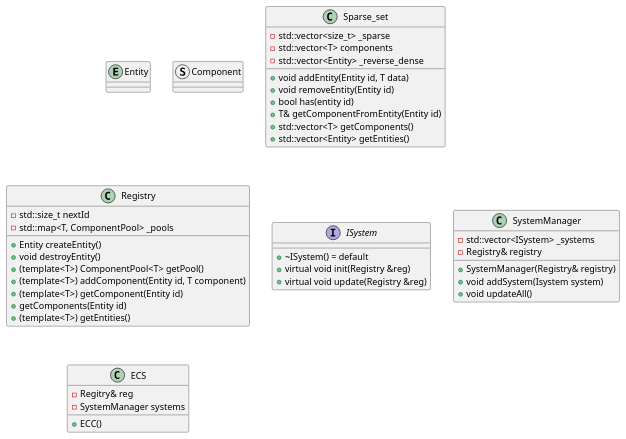
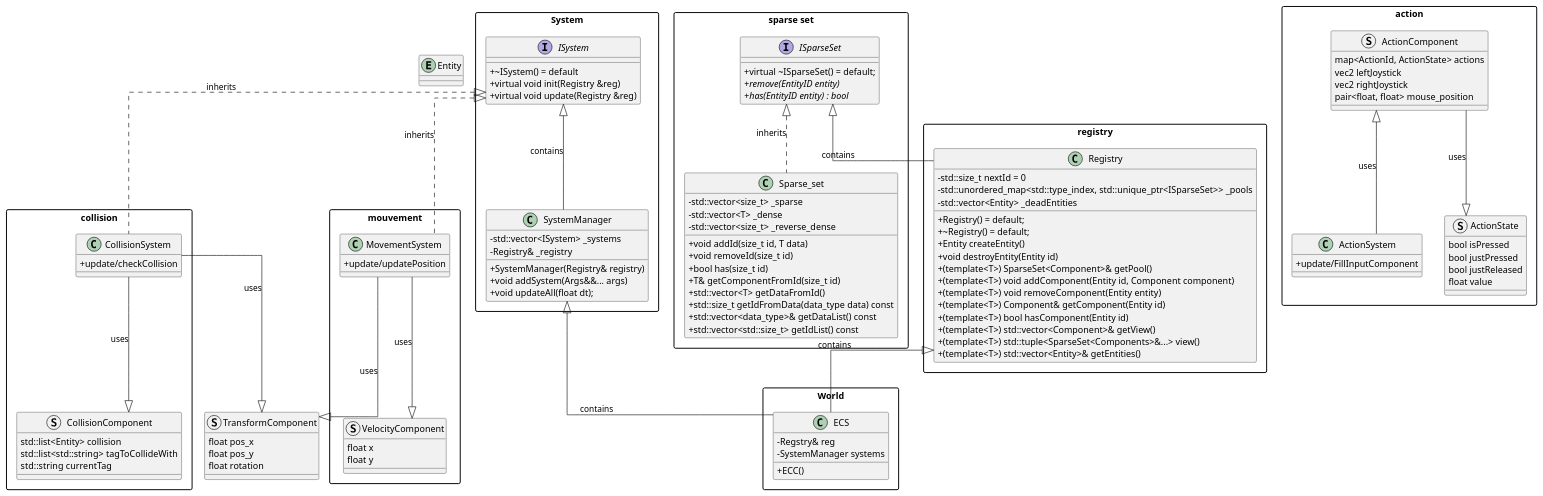
One commit to R-Type-ou-rien/R-Type changed the diagram in src/ecs/diagram.plantuml. Above: the diagram before and after it, drawn with PlantUML. The commit also changed 6 other files, not shown here.

Commit message:
feat(sparse set): view function

```diff
--- a/src/ecs/diagram.plantuml
+++ b/src/ecs/diagram.plantuml
@@ -1,50 +1,140 @@
-@startuml ECS
+@startuml Server ECS Architecture
+
+skinparam classAttributeIconSize 0
+skinparam linetype ortho
+skinparam packageStyle rectangle
 
 entity Entity
 
-struct Component
+package "sparse set" {
 
-class Sparse_set {
-    - std::vector<size_t> _sparse
-    - std::vector<T> components
-    - std::vector<Entity> _reverse_dense
-    + void addEntity(Entity id, T data)
-    + void removeEntity(Entity id)
-    + bool has(entity id)
-    + T& getComponentFromEntity(Entity id)
-    + std::vector<T> getComponents()
-    + std::vector<Entity> getEntities()
+    interface ISparseSet {
+        + virtual ~ISparseSet() = default;
+        + {abstract} remove(EntityID entity)
+        + {abstract} has(EntityID entity) : bool
+    }
+
+    class Sparse_set {
+        - std::vector<size_t> _sparse
+        - std::vector<T> _dense
+        - std::vector<size_t> _reverse_dense
+        + void addId(size_t id, T data)
+        + void removeId(size_t id)
+        + bool has(size_t id)
+        + T& getComponentFromId(size_t id)
+        + std::vector<T> getDataFromId()
+        + std::size_t getIdFromData(data_type data) const
+        + std::vector<data_type>& getDataList() const
+        + std::vector<std::size_t> getIdList() const
+    }
+
+    Sparse_set .up.|> ISparseSet : inherits
 }
 
-class Registry {
-    - std::size_t nextId
-    - std::map<T, ComponentPool> _pools
-    + Entity createEntity()
-    + void destroyEntity()
-    + (template<T>) ComponentPool<T> getPool()
-    + (template<T>) addComponent(Entity id, T component)
-    + (template<T>) getComponent(Entity id)
-    +  getComponents(Entity id)
-    + (template<T>) getEntities()
+package "registry" {
+    class Registry {
+        - std::size_t nextId = 0
+        - std::unordered_map<std::type_index, std::unique_ptr<ISparseSet>> _pools
+        - std::vector<Entity> _deadEntities
+        + Registry() = default;
+        + ~Registry() = default;
+        + Entity createEntity()
+        + void destroyEntity(Entity id)
+        + (template<T>) SparseSet<Component>& getPool()
+        + (template<T>) void addComponent(Entity id, Component component)
+        + (template<T>) void removeComponent(Entity entity)
+        + (template<T>) Component& getComponent(Entity id)
+        + (template<T>) bool hasComponent(Entity id)
+        + (template<T>) std::vector<Component>& getView()
+        + (template<T>) std::tuple<SparseSet<Components>&...> view()
+        + (template<T>) std::vector<Entity>& getEntities()
+    }
+    Registry -up-|> ISparseSet : contains
 }
 
-interface ISystem {
-    + ~ISystem() = default
-    + virtual void init(Registry &reg)
-    + virtual void update(Registry &reg)
+package "System" {
+    interface ISystem {
+        + ~ISystem() = default
+        + virtual void init(Registry &reg)
+        + virtual void update(Registry &reg)
+    }
+
+    class SystemManager {
+        - std::vector<ISystem> _systems
+        - Registry& _registry
+        + SystemManager(Registry& registry)
+        + void addSystem(Args&&... args)
+        + void updateAll(float dt);
+    }
+    SystemManager -up-|> ISystem : contains
 }
 
-class SystemManager {
-    - std::vector<ISystem> _systems
-    - Registry& registry
-    + SystemManager(Registry& registry)
-    + void addSystem(Isystem system)
-    + void updateAll()
+package "World" {
+    class ECS {
+        - Regstry& reg
+        - SystemManager systems
+        + ECC()
+    }
+    ECS -up-|> SystemManager : contains
+    ECS -up-|> Registry : contains
 }
 
-class ECS {
-    - Regitry& reg
-    - SystemManager systems
-    + ECC()
+struct TransformComponent {
+    float pos_x
+    float pos_y
+    float rotation
 }
+
+package "collision" {
+    class CollisionSystem {
+        + update/checkCollision
+    }
+
+    struct CollisionComponent {
+        std::list<Entity> collision
+        std::list<std::string> tagToCollideWith
+        std::string currentTag
+    }
+    CollisionSystem -down-|> CollisionComponent : uses
+    CollisionSystem -down-|> TransformComponent : uses
+    CollisionSystem .up.|> ISystem : inherits
+}
+
+package "mouvement" {
+    class MovementSystem {
+        + update/updatePosition
+    }
+
+    struct VelocityComponent {
+        float x
+        float y
+    }
+    MovementSystem -down-|> VelocityComponent : uses
+    MovementSystem -down-|> TransformComponent : uses
+    MovementSystem .up.|> ISystem : inherits
+}
+
+package "action" {
+    class ActionSystem {
+        + update/FillInputComponent
+    }
+
+    struct ActionComponent {
+        map<ActionId, ActionState> actions
+        vec2 leftJoystick
+        vec2 rightJoystick
+        pair<float, float> mouse_position
+    }
+
+    struct ActionState {
+        bool isPressed
+        bool justPressed
+        bool justReleased
+        float value
+    }
+    ActionComponent -down-|> ActionState : uses
+    ActionSystem -up-|> ActionComponent : uses
+}
+
+
 @enduml
```
